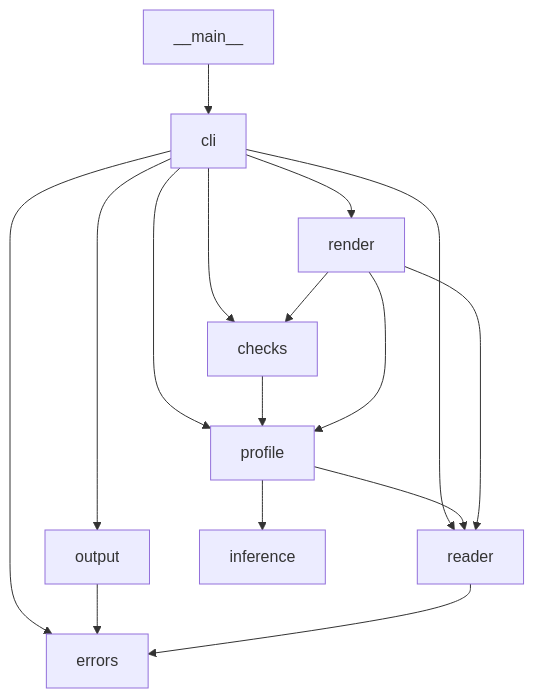
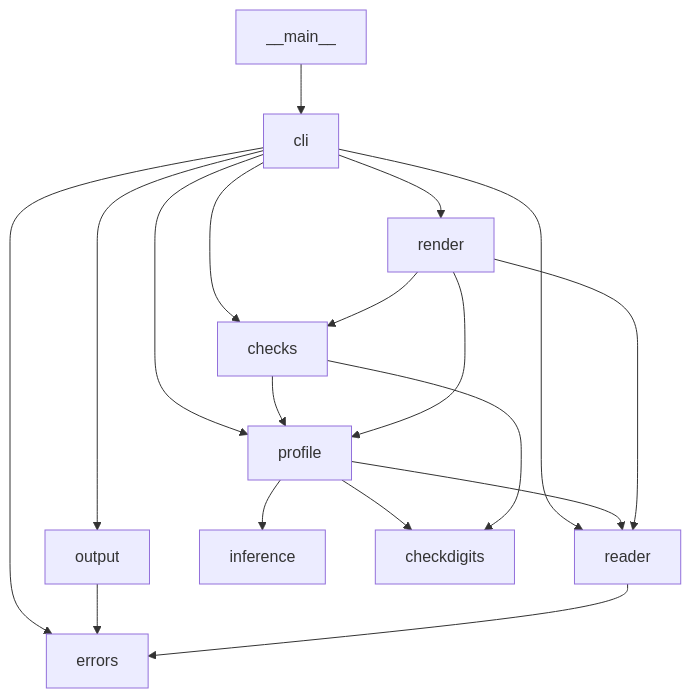
The diagram in README.md (rodrix91/csv-quality-report), drawn with Mermaid before and after one commit. The commit also changed other lines of this file and 12 other files, not shown here.

````diff
--- a/README.md
+++ b/README.md
@@ -504,18 +505,20 @@
 ```mermaid
 flowchart TD
     main["__main__"] --> cli
     cli --> reader
     cli --> profile
     cli --> render
     cli --> errors
     cli --> checks
     cli --> output
     output --> errors
     checks --> profile
     render --> checks
     reader --> errors
     profile --> reader
     profile --> inference
+    profile --> checkdigits
+    checks --> checkdigits
     render --> profile
     render --> reader
 ```
````
